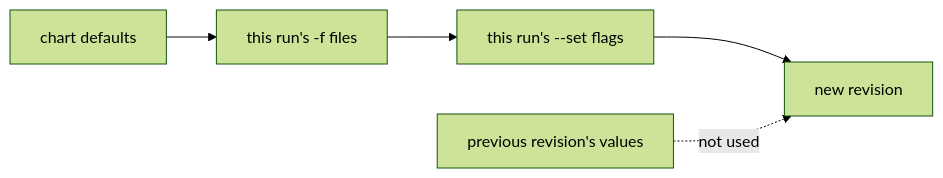
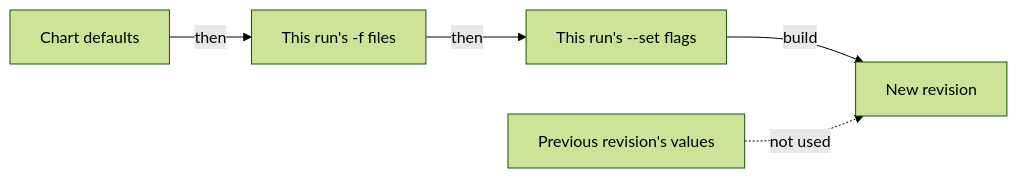
Before and after one commit to astrona-io/ATS013: the first of 2 diagrams in sections/section-030/module-01/course-02-how-upgrade-computes-values.md, drawn with Mermaid (forest theme). The commit also changed other lines of this file and 19 other files, not shown here.

````diff
--- a/sections/section-030/module-01/course-02-how-upgrade-computes-values.md
+++ b/sections/section-030/module-01/course-02-how-upgrade-computes-values.md
@@ -17,7 +9,7 @@
 ```mermaid
 flowchart LR
-    C["chart defaults"] --> F["this run's -f files"]
-    F --> S["this run's --set flags"]
-    S --> N["new revision"]
-    P["previous revision's values"] -.->|"not used"| N
+    C["Chart defaults"] -->|"then"| F["This run's -f files"]
+    F -->|"then"| S["This run's --set flags"]
+    S -->|"build"| N["New revision"]
+    P["Previous revision's values"] -.->|"not used"| N
 ```
````
